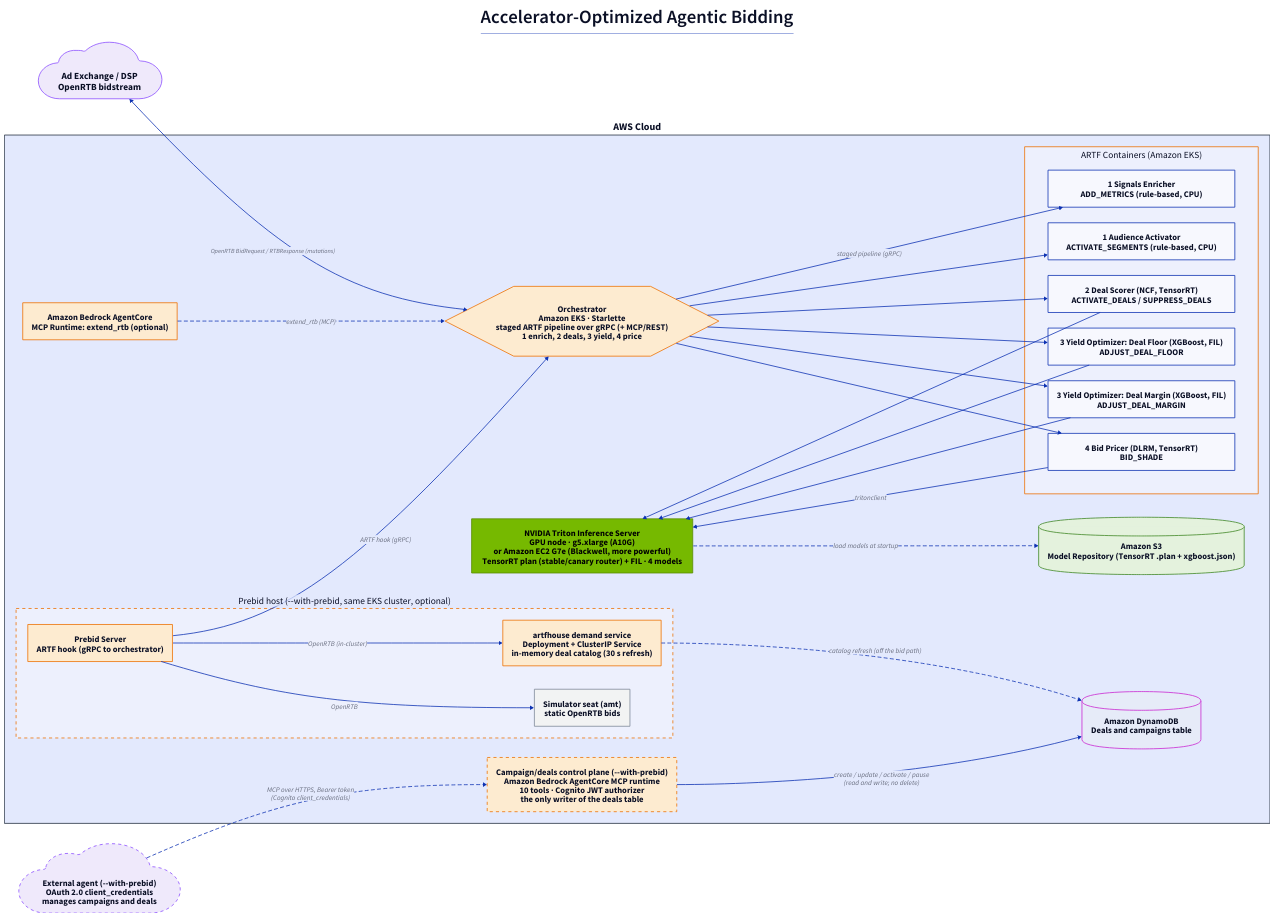
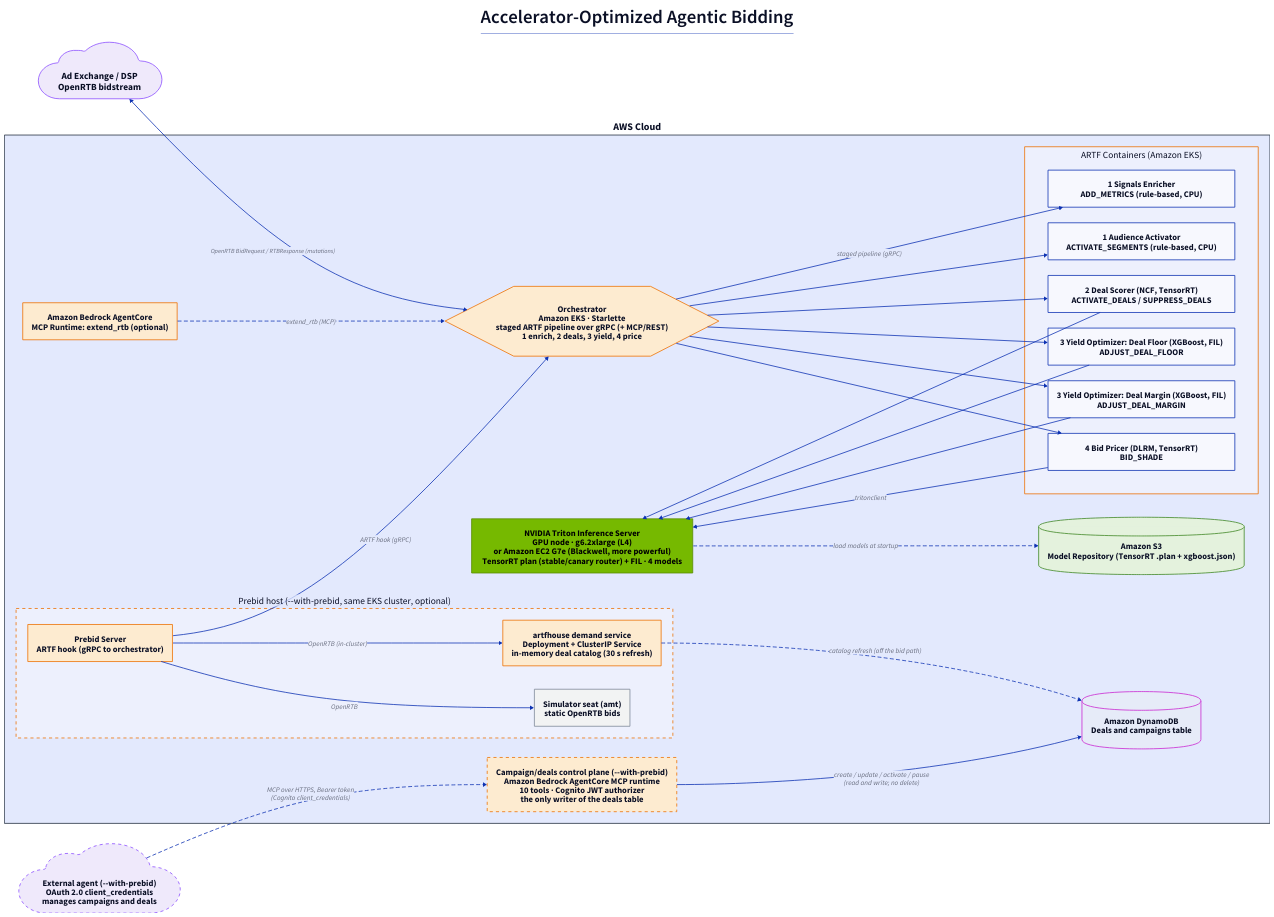
The diagram in assets/images/architecture-part1-realtime.d2 (aws-solutions-library-samples/guidance-for-accelerator-optimized-agentic-bidding-on-aws), drawn with D2 before and after one commit. The commit also changed 57 other files, not shown here.

```diff
--- a/assets/images/architecture-part1-realtime.d2
+++ b/assets/images/architecture-part1-realtime.d2
@@ -1,150 +1,150 @@
 # Part 1: Real-Time Agentic Bidding (live integration path)
 # Shows how the solution is invoked in a live environment: an ad exchange / DSP
 # calls the ARTF extension point directly over the bidstream. The optional Prebid
 # host (--with-prebid) runs in the same EKS cluster and reaches the same extension
 # point through its ARTF hook. With Prebid, the campaign/deals MCP control plane
 # (an AgentCore runtime) lets an external agent manage the deals table over OAuth
 # client_credentials. The React test console and its Cognito/CloudFront auth path
 # are intentionally omitted.
 
 direction: right
 
 # Increase font sizes everywhere for readability
 **.style.font-size: 22
 (** -> **)[*].style.font-size: 18
 
 title: |md
   # Accelerator-Optimized Agentic Bidding
 | {
   near: top-center
   style.font-size: 24
   style.bold: true
 }
 
 exchange: "Ad Exchange / DSP\nOpenRTB bidstream" {
   shape: cloud
   style.fill: "#EFE9FB"
   style.stroke: "#8C4FFF"
   style.font-size: 24
 }
 
 agent: "External agent (--with-prebid)\nOAuth 2.0 client_credentials\nmanages campaigns and deals" {
   shape: cloud
   style.fill: "#EFE9FB"
   style.stroke: "#8C4FFF"
   style.stroke-dash: 4
   style.font-size: 22
 }
 
 aws: "AWS Cloud" {
   style.stroke: "#232F3E"
   style.font-size: 26
   style.bold: true
 
   orch: "Orchestrator\nAmazon EKS · Starlette\nstaged ARTF pipeline over gRPC (+ MCP/REST)\n1 enrich, 2 deals, 3 yield, 4 price" {
     shape: hexagon
     style.fill: "#FDEBD0"
     style.stroke: "#ED7100"
     style.font-size: 22
   }
 
   containers: "ARTF Containers (Amazon EKS)" {
     style.stroke: "#ED7100"
     style.font-size: 24
     # Listed in pipeline stage order so the orchestrator edges do not cross.
     grid-columns: 1
     metrics: "1 Signals Enricher\nADD_METRICS (rule-based, CPU)"
     wd: "1 Audience Activator\nACTIVATE_SEGMENTS (rule-based, CPU)"
     ncf: "2 Deal Scorer (NCF, TensorRT)\nACTIVATE_DEALS / SUPPRESS_DEALS"
     yield_floor: "3 Yield Optimizer: Deal Floor (XGBoost, FIL)\nADJUST_DEAL_FLOOR"
     yield_margin: "3 Yield Optimizer: Deal Margin (XGBoost, FIL)\nADJUST_DEAL_MARGIN"
     dlrm: "4 Bid Pricer (DLRM, TensorRT)\nBID_SHADE"
   }
 
-  triton: "NVIDIA Triton Inference Server\nGPU node · g5.xlarge (A10G)\nor Amazon EC2 G7e (Blackwell, more powerful)\nTensorRT plan (stable/canary router) + FIL · 4 models" {
+  triton: "NVIDIA Triton Inference Server\nGPU node · g6.2xlarge (L4)\nor Amazon EC2 G7e (Blackwell, more powerful)\nTensorRT plan (stable/canary router) + FIL · 4 models" {
     style.fill: "#76b900"
     style.stroke: "#5a8c00"
     style.font-color: "#000000"
     style.font-size: 22
   }
 
   models: "Amazon S3\nModel Repository (TensorRT .plan + xgboost.json)" {
     shape: cylinder
     style.fill: "#E4F2DD"
     style.stroke: "#3F8624"
     style.font-size: 22
   }
 
   agentcore: "Amazon Bedrock AgentCore\nMCP Runtime: extend_rtb (optional)" {
     style.fill: "#FDEBD0"
     style.stroke: "#ED7100"
     style.font-size: 22
   }
 
   prebid_host: "Prebid host (--with-prebid, same EKS cluster, optional)" {
     style.stroke: "#ED7100"
     style.stroke-dash: 4
     style.font-size: 24
 
     pbs: "Prebid Server\nARTF hook (gRPC to orchestrator)" {
       style.fill: "#FDEBD0"
       style.stroke: "#ED7100"
     }
     demand: "artfhouse demand service\nDeployment + ClusterIP Service\nin-memory deal catalog (30 s refresh)" {
       style.fill: "#FDEBD0"
       style.stroke: "#ED7100"
     }
     sim: "Simulator seat (amt)\nstatic OpenRTB bids" {
       style.fill: "#F2F3F3"
       style.stroke: "#7D8998"
     }
   }
 
   deals: "Amazon DynamoDB\nDeals and campaigns table" {
     shape: cylinder
     style.fill: "#E6EBF8"
     style.stroke: "#C925D1"
     style.font-size: 22
   }
 
   control: "Campaign/deals control plane (--with-prebid)\nAmazon Bedrock AgentCore MCP runtime\n10 tools · Cognito JWT authorizer\nthe only writer of the deals table" {
     style.fill: "#FDEBD0"
     style.stroke: "#ED7100"
     style.stroke-dash: 4
     style.font-size: 22
   }
 }
 
 exchange <-> aws.orch: "OpenRTB BidRequest / RTBResponse (mutations)"
 
 aws.orch -> aws.containers.metrics: "staged pipeline (gRPC)"
 aws.orch -> aws.containers.wd
 aws.orch -> aws.containers.ncf
 aws.orch -> aws.containers.yield_floor
 aws.orch -> aws.containers.yield_margin
 aws.orch -> aws.containers.dlrm
 
 aws.containers.dlrm -> aws.triton: "tritonclient"
 aws.containers.ncf -> aws.triton
 aws.containers.yield_floor -> aws.triton
 aws.containers.yield_margin -> aws.triton
 
 aws.triton -> aws.models: "load models at startup" {
   style.stroke-dash: 4
 }
 
 aws.agentcore -> aws.orch: "extend_rtb (MCP)" {
   style.stroke-dash: 4
 }
 
 aws.prebid_host.pbs -> aws.orch: "ARTF hook (gRPC)"
 aws.prebid_host.pbs -> aws.prebid_host.demand: "OpenRTB (in-cluster)"
 aws.prebid_host.pbs -> aws.prebid_host.sim: "OpenRTB"
 aws.prebid_host.demand -> aws.deals: "catalog refresh (off the bid path)" {
   style.stroke-dash: 4
 }
 
 agent -> aws.control: "MCP over HTTPS, Bearer token\n(Cognito client_credentials)" {
   style.stroke-dash: 4
 }
 aws.control -> aws.deals: "create / update / activate / pause\n(read and write; no delete)"
```
